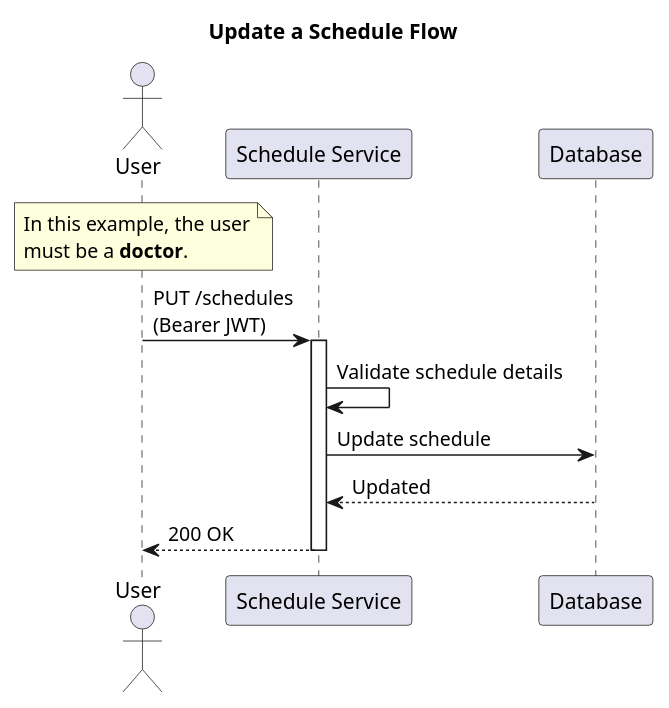
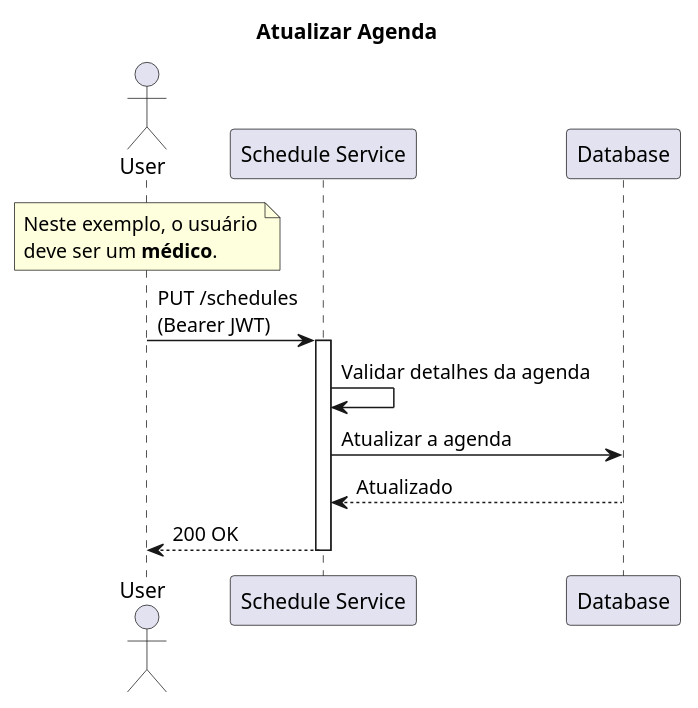
One commit to jfelipearaujo-healthmed/scheduler-service changed the diagram in docs/update_schedule.puml. Above: the diagram before and after it, drawn with PlantUML. The commit also changed 10 other files, not shown here.

```diff
--- a/docs/update_schedule.puml
+++ b/docs/update_schedule.puml
@@ -1,23 +1,23 @@
 @startuml update_schedule
 
-title Update a Schedule Flow
+title Atualizar Agenda
 
 actor "User" as user
 participant "Schedule Service" as schedule_service
 participant "Database" as database
 
 note over user
-In this example, the user
-must be a **doctor**.
+Neste exemplo, o usuário
+deve ser um **médico**.
 end note
 
 user -> schedule_service: PUT /schedules\n(Bearer JWT)
 
 activate schedule_service
-schedule_service -> schedule_service: Validate schedule details
-schedule_service -> database: Update schedule
-database --> schedule_service: Updated
+schedule_service -> schedule_service: Validar detalhes da agenda
+schedule_service -> database: Atualizar a agenda
+database --> schedule_service: Atualizado
 schedule_service --> user: 200 OK
 deactivate schedule_service
 
 @enduml
```
